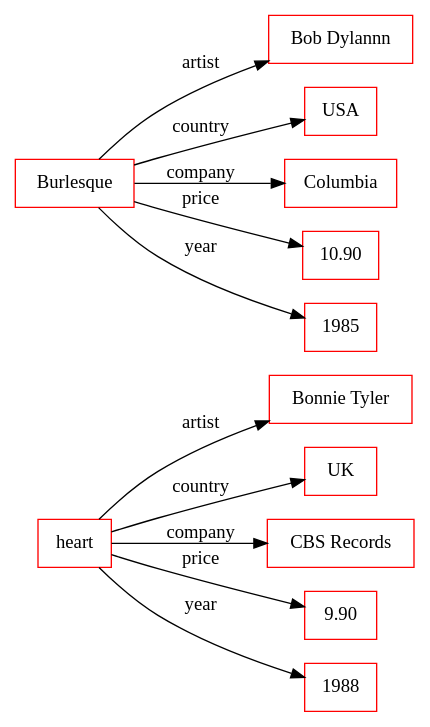
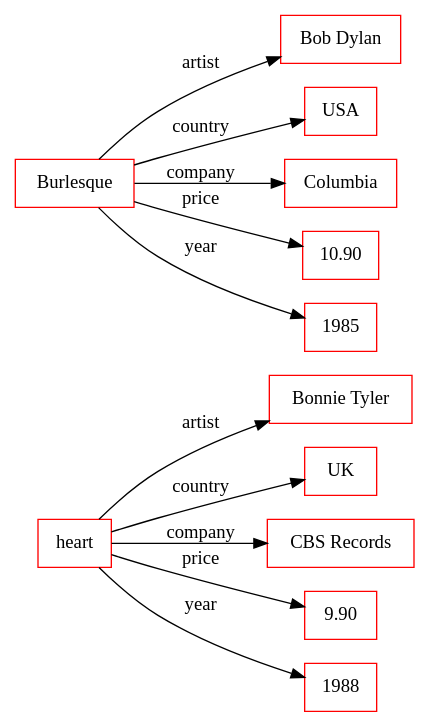
Before and after one commit to ahmad88me/target: the diagram in drawings/ar2dtool-class.conf/org/sample.rdf.png.dot, drawn with Graphviz. The commit also changed 5 other files, not shown here.

```diff
--- a/drawings/ar2dtool-class.conf/org/sample.rdf.png.dot
+++ b/drawings/ar2dtool-class.conf/org/sample.rdf.png.dot
@@ -1,16 +1,16 @@
 digraph ar2dtool_diagram { 
 rankdir=LR;
 size="1000"
-node [shape = rectangle, color="red"]; "Bonnie Tyler" "UK" "CBS Records" "9.90" "1988" "Bob Dylannn" "USA" "Columbia" "10.90" "1985" ; /*literals style*/
+node [shape = rectangle, color="red"]; "Bonnie Tyler" "UK" "CBS Records" "9.90" "1988" "Bob Dylan" "USA" "Columbia" "10.90" "1985" ; /*literals style*/
 	"heart" -> "Bonnie Tyler" [ label = "artist" ];
 	"heart" -> "UK" [ label = "country" ];
 	"heart" -> "CBS Records" [ label = "company" ];
 	"heart" -> "9.90" [ label = "price" ];
 	"heart" -> "1988" [ label = "year" ];
-	"Burlesque" -> "Bob Dylannn" [ label = "artist" ];
+	"Burlesque" -> "Bob Dylan" [ label = "artist" ];
 	"Burlesque" -> "USA" [ label = "country" ];
 	"Burlesque" -> "Columbia" [ label = "company" ];
 	"Burlesque" -> "10.90" [ label = "price" ];
 	"Burlesque" -> "1985" [ label = "year" ];
 
 }
```
